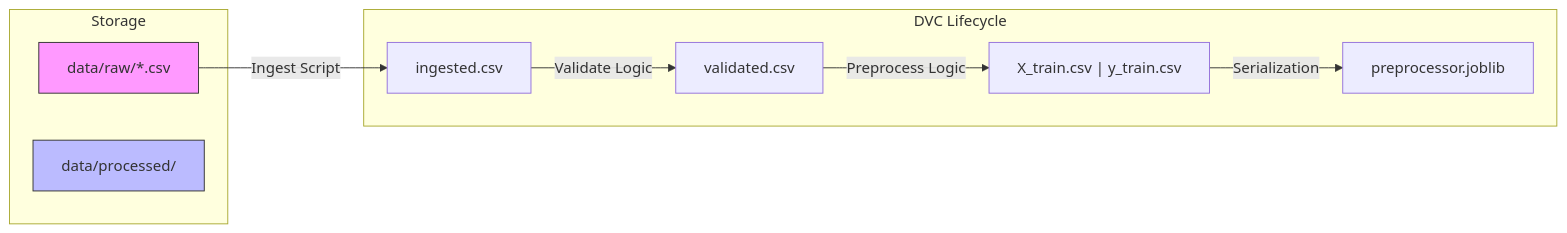
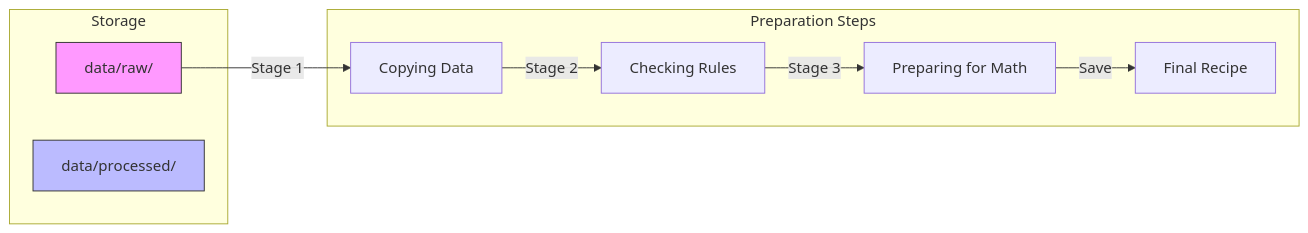
One commit to iammohith/MLOps-System-for-Clinical-Treatment-Outcome-Prediction changed the diagram in data/README.md. Above: the diagram before and after it, drawn with Mermaid. The commit also changed other lines of this file and 9 other files, not shown here.

````diff
--- a/data/README.md
+++ b/data/README.md
@@ -15,17 +14,17 @@
 ```mermaid
 graph LR
     subgraph "Storage"
-        RAW["data/raw/*.csv"]
+        RAW["data/raw/"]
         PROC["data/processed/"]
     end
 
-    subgraph "DVC Lifecycle"
-        RAW -- "Ingest Script" --> INGESTED["ingested.csv"]
-        INGESTED -- "Validate Logic" --> VALIDATED["validated.csv"]
-        VALIDATED -- "Preprocess Logic" --> ENCODED["X_train.csv | y_train.csv"]
-        ENCODED -- "Serialization" --> JOB["preprocessor.joblib"]
+    subgraph "Preparation Steps"
+        RAW -- "Stage 1" --> INGESTED["Copying Data"]
+        INGESTED -- "Stage 2" --> VALIDATED["Checking Rules"]
+        VALIDATED -- "Stage 3" --> ENCODED["Preparing for Math"]
+        ENCODED -- "Save" --> JOB["Final Recipe"]
     end
 
     style RAW fill:#f9f,stroke:#333
     style PROC fill:#bbf,stroke:#333
 ```
````
